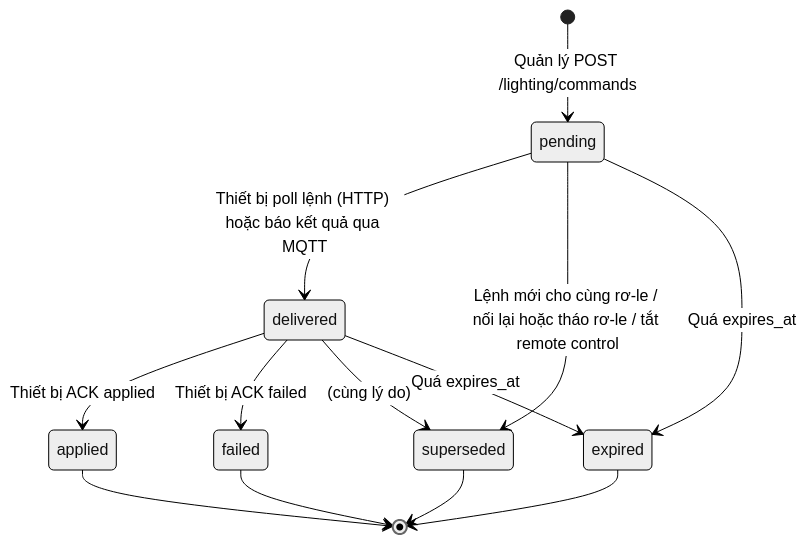
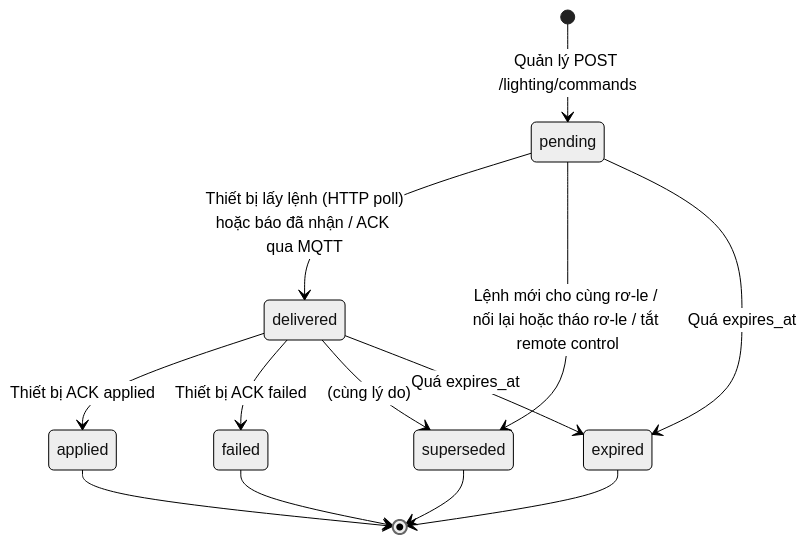
Before and after one commit to LuxMapLabs/luxmap_backend: the seventh of 14 diagrams in docs/state-machines.md, drawn with Mermaid (neutral theme). The commit also changed other lines of this file and 1 other file, not shown here.

First line of the commit message:
docs(state-machines): re-check every diagram against the code, add fixture, relay mode and refresh token

````diff
--- a/docs/state-machines.md
+++ b/docs/state-machines.md
@@ -207,15 +245,15 @@
 ```mermaid
 stateDiagram-v2
     [*] --> pending : Quản lý POST /lighting/commands
-    pending --> delivered : Thiết bị poll lệnh (HTTP) hoặc báo kết quả qua MQTT
+    pending --> delivered : Thiết bị lấy lệnh (HTTP poll)<br/>hoặc báo đã nhận / ACK qua MQTT
     delivered --> applied : Thiết bị ACK applied
     delivered --> failed : Thiết bị ACK failed
     pending --> superseded : Lệnh mới cho cùng rơ-le / nối lại hoặc tháo rơ-le / tắt remote control
     delivered --> superseded : (cùng lý do)
     pending --> expired : Quá expires_at
     delivered --> expired : Quá expires_at
     applied --> [*]
     failed --> [*]
     superseded --> [*]
     expired --> [*]
 ```
````
